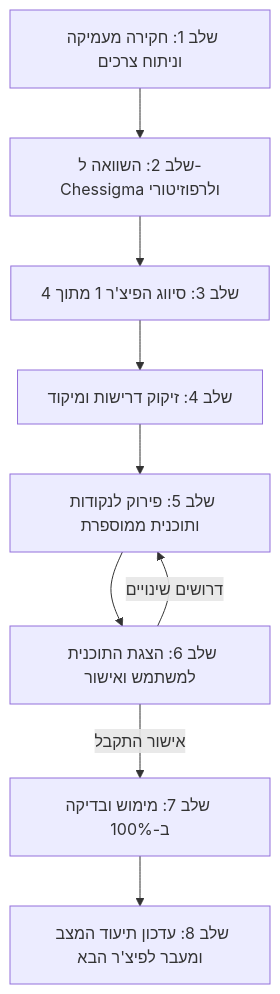
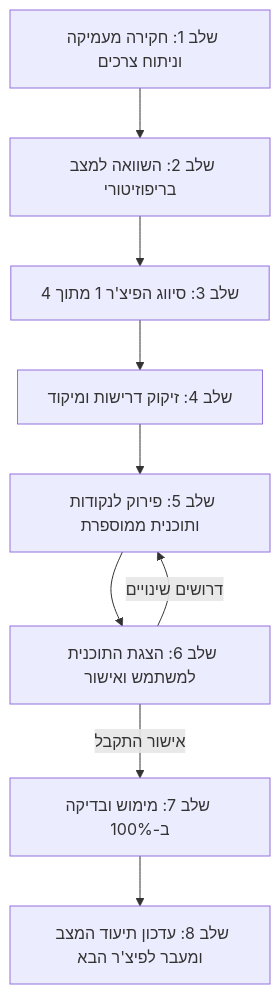
Before and after one commit to orenzbit/veyra-chess: the diagram in FRAMEWORK_GUIDELINES.md, drawn with Mermaid. The commit also changed other lines of this file, not shown here.

Commit message:
Remove Chessigma reference mentions from framework guidelines

````diff
--- a/FRAMEWORK_GUIDELINES.md
+++ b/FRAMEWORK_GUIDELINES.md
@@ -17,11 +17,11 @@
 ```mermaid
 flowchart TD
-    A[שלב 1: חקירה מעמיקה וניתוח צרכים] --> B[שלב 2: השוואה ל-Chessigma ולרפוזיטורי]
+    A[שלב 1: חקירה מעמיקה וניתוח צרכים] --> B[שלב 2: השוואה למצב בריפוזיטורי]
     B --> C[שלב 3: סיווג הפיצ'ר 1 מתוך 4]
     C --> D[שלב 4: זיקוק דרישות ומיקוד]
     D --> E[שלב 5: פירוק לנקודות ותוכנית ממוספרת]
     E --> F[שלב 6: הצגת התוכנית למשתמש ואישור]
     F -->|אישור התקבל| G[שלב 7: מימוש ובדיקה ב-100%]
     F -->|דרושים שינויים| E
     G --> H[שלב 8: עדכון תיעוד המצב ומעבר לפיצ'ר הבא]
 ```
````
